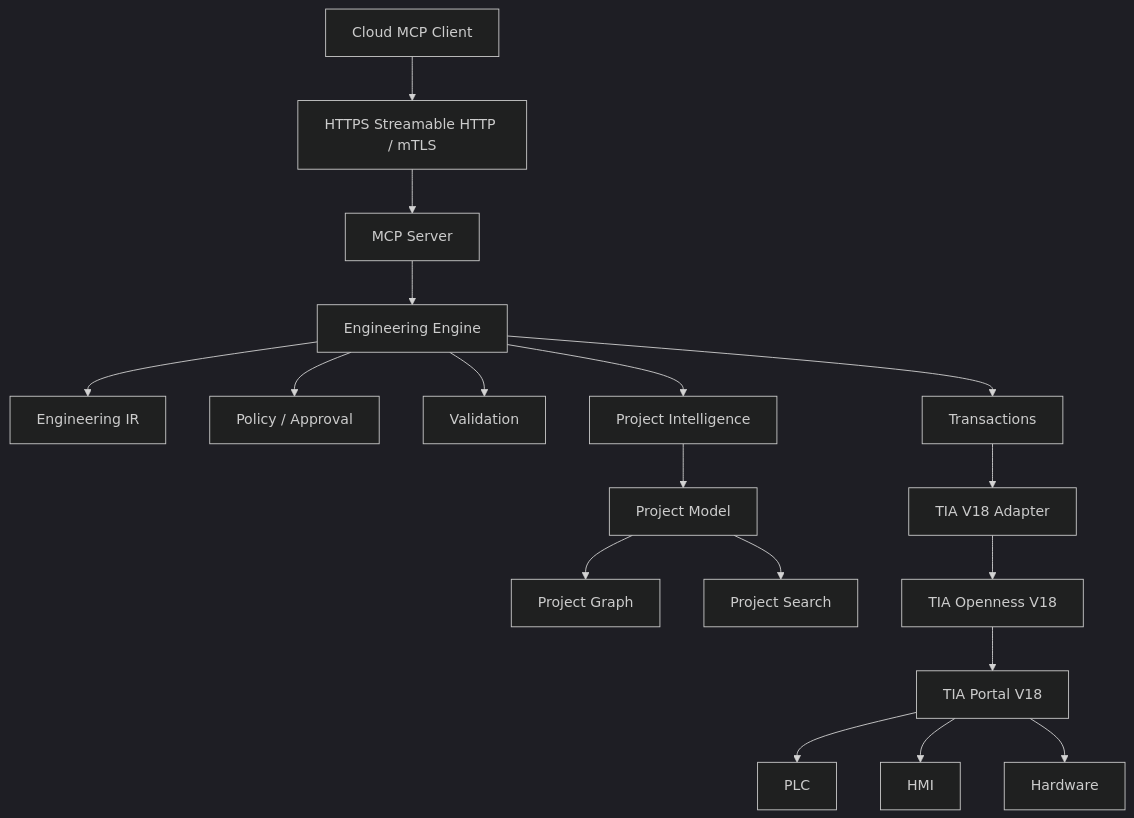
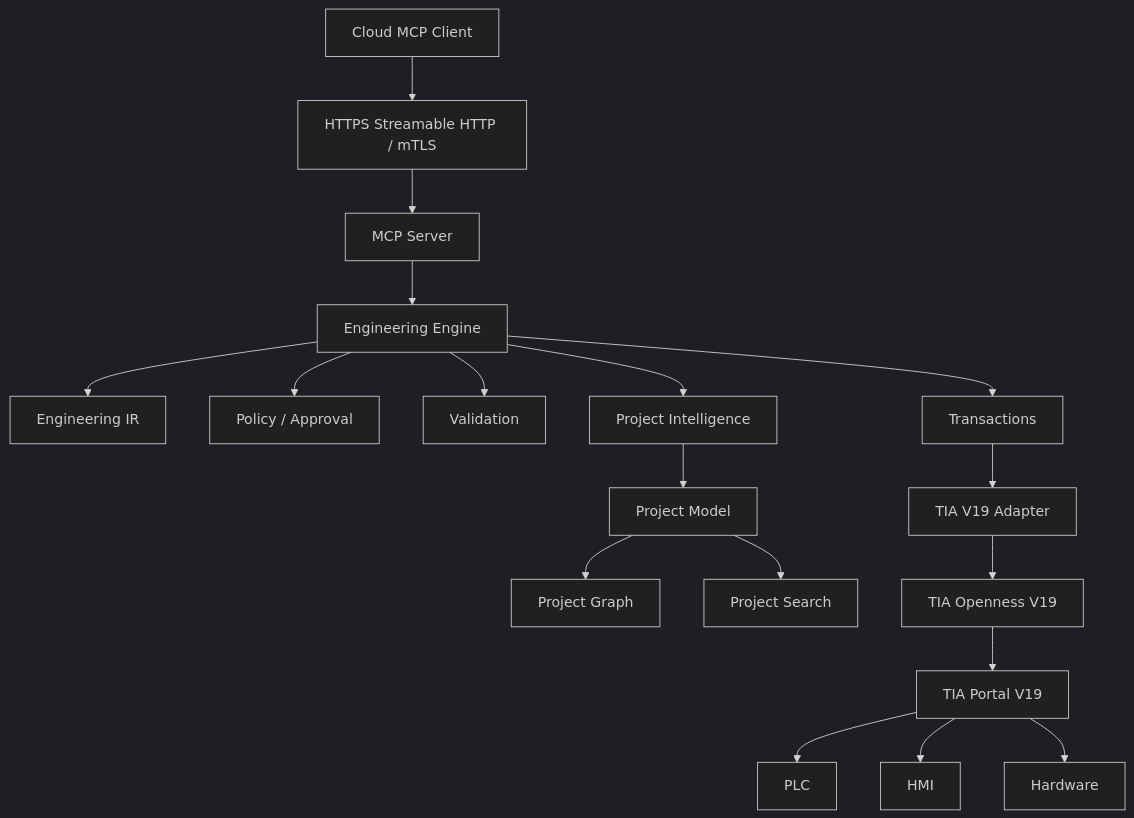
Before and after one commit to pathakashu/tia-portal-mcp-server: the diagram in docs/architecture/system.md, drawn with Mermaid (dark theme). The commit also changed other lines of this file and 48 other files, not shown here.

First line of the commit message:
Retarget solution from TIA Portal V18 to V19

````diff
--- a/docs/architecture/system.md
+++ b/docs/architecture/system.md
@@ -7,36 +7,36 @@
 ```mermaid
 flowchart TB
     CLOUD[Cloud MCP Client]
     HTTPS[HTTPS Streamable HTTP / mTLS]
     MCP[MCP Server]
     ENGINE[Engineering Engine]
     IR[Engineering IR]
     POLICY[Policy / Approval]
     VALIDATE[Validation]
     TX[Transactions]
     INTEL[Project Intelligence]
     MODEL[Project Model]
     GRAPH[Project Graph]
     SEARCH[Project Search]
-    ADAPTER[TIA V18 Adapter]
-    OPENNESS[TIA Openness V18]
-    TIA[TIA Portal V18]
+    ADAPTER[TIA V19 Adapter]
+    OPENNESS[TIA Openness V19]
+    TIA[TIA Portal V19]
     PLC[PLC]
     HMI[HMI]
     HW[Hardware]
 
     CLOUD --> HTTPS --> MCP --> ENGINE
     ENGINE --> IR
     ENGINE --> POLICY
     ENGINE --> VALIDATE
     ENGINE --> TX
     ENGINE --> INTEL
     INTEL --> MODEL
     MODEL --> GRAPH
     MODEL --> SEARCH
     TX --> ADAPTER
     ADAPTER --> OPENNESS --> TIA
     TIA --> PLC
     TIA --> HMI
     TIA --> HW
 ```
````
